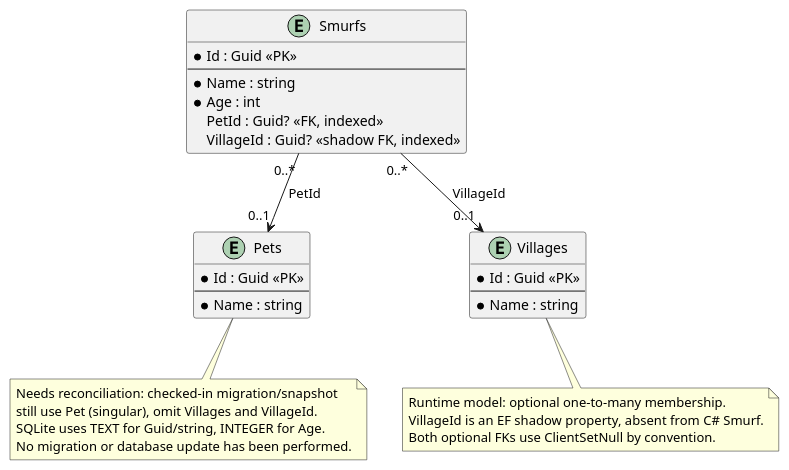
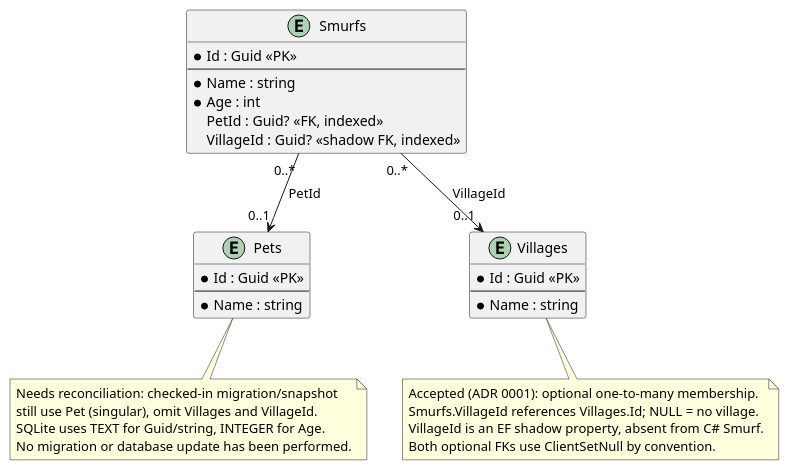
The diagram in docs/structural/diagrams/persistence-model.puml (EbbeMeloSorensen/Smurfs), drawn with PlantUML before and after one commit. The commit also changed 5 other files, not shown here.

```diff
--- a/docs/structural/diagrams/persistence-model.puml
+++ b/docs/structural/diagrams/persistence-model.puml
@@ -1,35 +1,36 @@
 @startuml
 ' Current convention-based runtime model; migration snapshot is older.
 hide methods
 entity "Smurfs" as SmurfTable {
   * Id : Guid <<PK>>
   --
   * Name : string
   * Age : int
   PetId : Guid? <<FK, indexed>>
   VillageId : Guid? <<shadow FK, indexed>>
 }
 entity "Pets" as PetTable {
   * Id : Guid <<PK>>
   --
   * Name : string
 }
 entity "Villages" as VillageTable {
   * Id : Guid <<PK>>
   --
   * Name : string
 }
 SmurfTable "0..*" --> "0..1" PetTable : PetId
 SmurfTable "0..*" --> "0..1" VillageTable : VillageId
 note bottom of VillageTable
-  Runtime model: optional one-to-many membership.
+  Accepted (ADR 0001): optional one-to-many membership.
+  Smurfs.VillageId references Villages.Id; NULL = no village.
   VillageId is an EF shadow property, absent from C# Smurf.
   Both optional FKs use ClientSetNull by convention.
 end note
 note bottom of PetTable
   Needs reconciliation: checked-in migration/snapshot
   still use Pet (singular), omit Villages and VillageId.
   SQLite uses TEXT for Guid/string, INTEGER for Age.
   No migration or database update has been performed.
 end note
 @enduml
```
